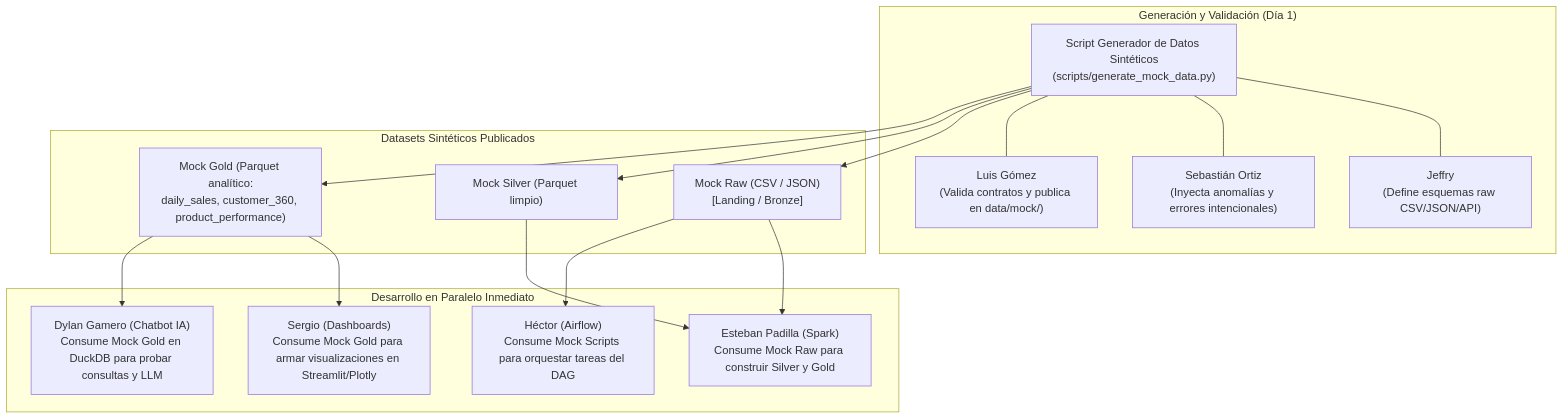
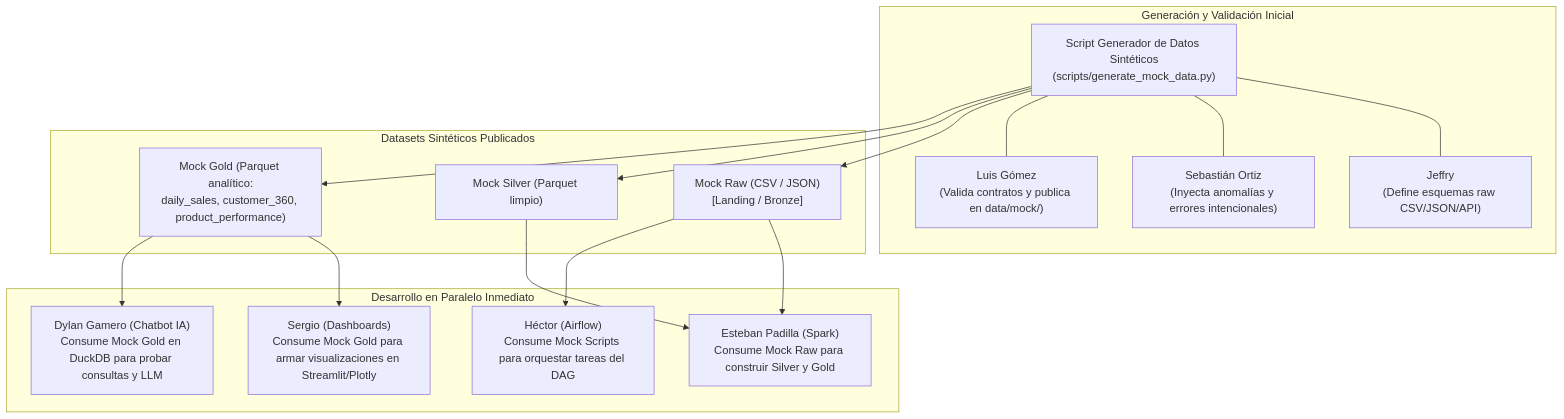
Before and after one commit to dypok/Pipeline-analitica: the first of 3 diagrams in documentation/historias-de-usuario.md, drawn with Mermaid. The commit also changed other lines of this file and 2 other files, not shown here.

````diff
--- a/documentation/historias-de-usuario.md
+++ b/documentation/historias-de-usuario.md
@@ -15,35 +15,35 @@
 ```mermaid
 flowchart TD
-    subgraph Generacion["Generación y Validación (Día 1)"]
+    subgraph Generacion["Generación y Validación Inicial"]
         GEN["Script Generador de Datos Sintéticos\n(scripts/generate_mock_data.py)"]
         JEFF["Jeffry\n(Define esquemas raw CSV/JSON/API)"]
         SEBAS["Sebastián Ortiz\n(Inyecta anomalías y errores intencionales)"]
         LUIS["Luis Gómez\n(Valida contratos y publica en data/mock/)"]
         GEN --- JEFF
         GEN --- SEBAS
         GEN --- LUIS
     end
 
     subgraph DatasetsGenerados["Datasets Sintéticos Publicados"]
         RAW_MOCK["Mock Raw (CSV / JSON)\n[Landing / Bronze]"]
         SILVER_MOCK["Mock Silver (Parquet limpio)"]
         GOLD_MOCK["Mock Gold (Parquet analítico:\ndaily_sales, customer_360, product_performance)"]
     end
 
     subgraph DesbloqueoInmediato["Desarrollo en Paralelo Inmediato"]
         EST["Esteban Padilla (Spark)\nConsume Mock Raw para construir Silver y Gold"]
         SERG["Sergio (Dashboards)\nConsume Mock Gold para armar visualizaciones en Streamlit/Plotly"]
         DYL["Dylan Gamero (Chatbot IA)\nConsume Mock Gold en DuckDB para probar consultas y LLM"]
         HECT["Héctor (Airflow)\nConsume Mock Scripts para orquestar tareas del DAG"]
     end
 
     GEN --> RAW_MOCK
     GEN --> SILVER_MOCK
     GEN --> GOLD_MOCK
 
     RAW_MOCK --> EST
     SILVER_MOCK --> EST
     GOLD_MOCK --> SERG
     GOLD_MOCK --> DYL
     RAW_MOCK --> HECT
 ```
````
